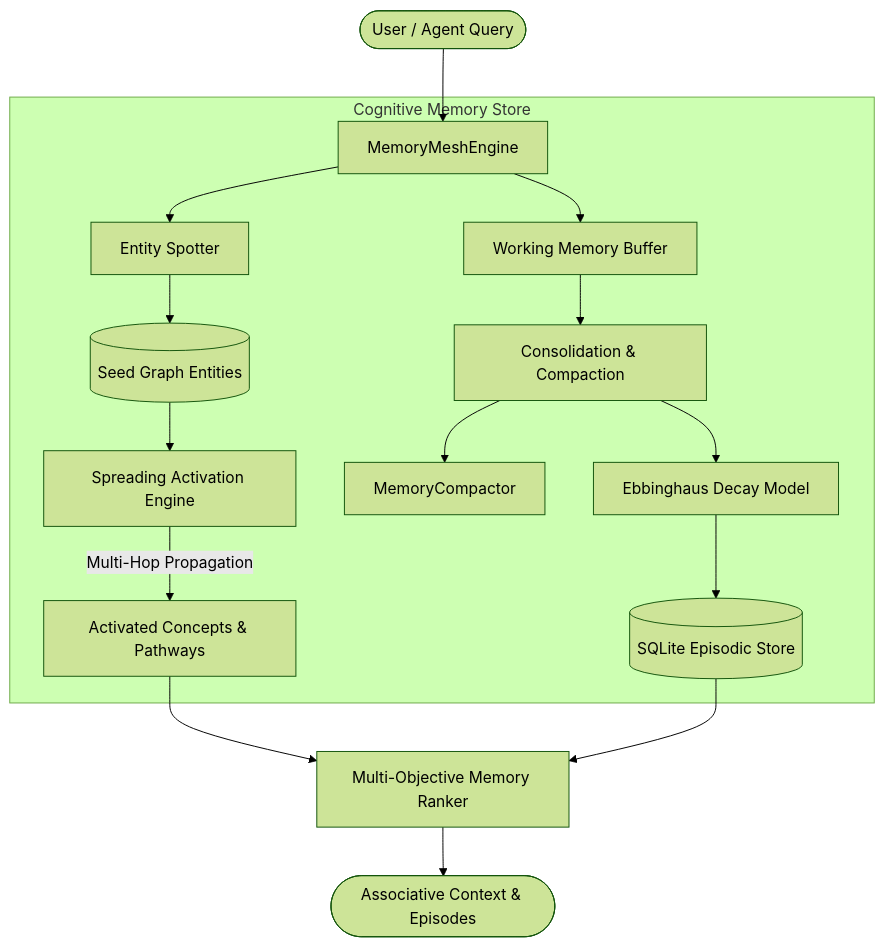
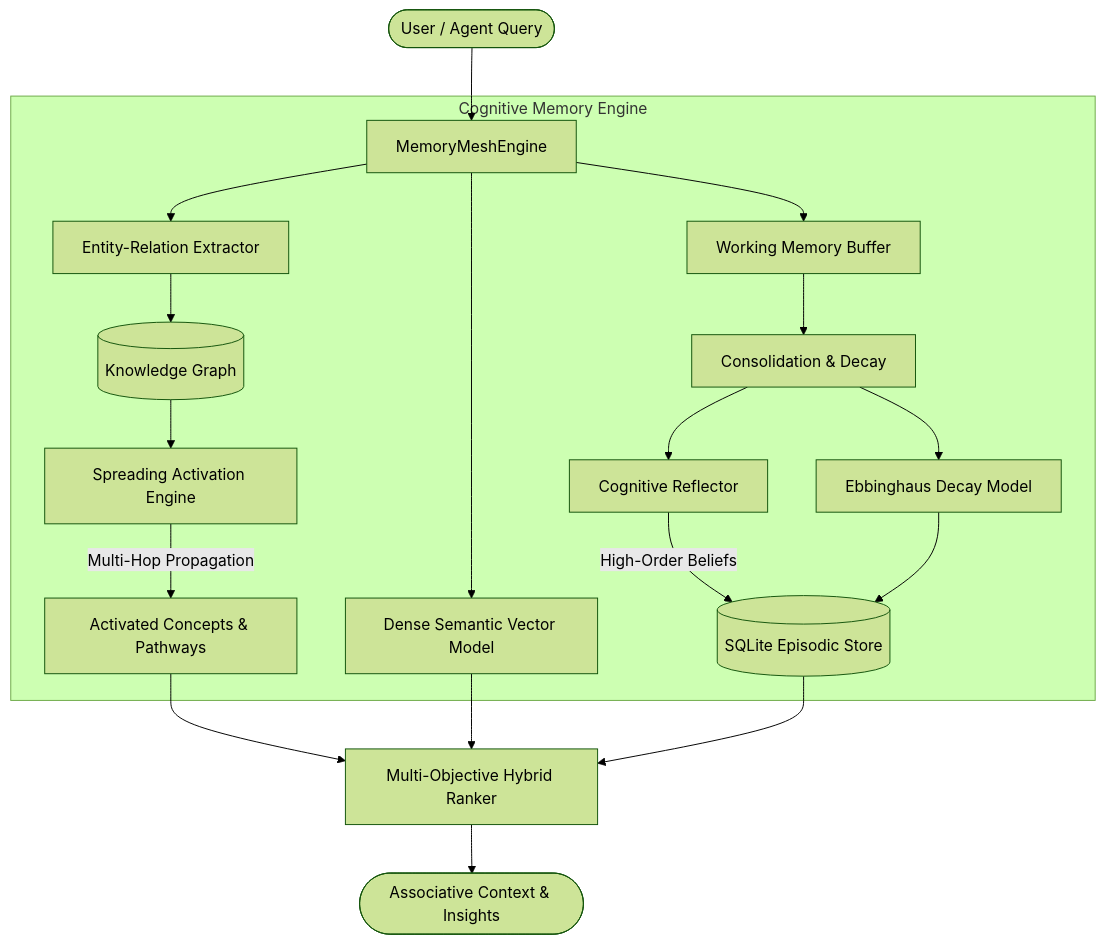
The diagram in README.md (nhminhhh/agentic-memory-mesh), drawn with Mermaid (forest theme) before and after one commit. The commit also changed other lines of this file and 1 other file, not shown here.

````diff
--- a/README.md
+++ b/README.md
@@ -16,21 +16,25 @@
 ```mermaid
 flowchart TD
     UserQuery([User / Agent Query]) --> Mesh[MemoryMeshEngine]
     
-    subgraph Cognitive Memory Store
-        Mesh --> Spotter[Entity Spotter]
-        Spotter --> Seeds[(Seed Graph Entities)]
-        Seeds --> Spreader[Spreading Activation Engine]
+    subgraph Cognitive Memory Engine
+        Mesh --> Extractor[Entity-Relation Extractor]
+        Extractor --> GraphStore[(Knowledge Graph)]
+        GraphStore --> Spreader[Spreading Activation Engine]
         Spreader -->|Multi-Hop Propagation| Activations[Activated Concepts & Pathways]
         
+        Mesh --> DenseEmbed[Dense Semantic Vector Model]
+        
         Mesh --> Buffer[Working Memory Buffer]
-        Buffer --> Consolidator[Consolidation & Compaction]
-        Consolidator --> Compactor[MemoryCompactor]
+        Buffer --> Consolidator[Consolidation & Decay]
+        Consolidator --> Reflector[Cognitive Reflector]
+        Reflector -->|High-Order Beliefs| EpisodicStore[(SQLite Episodic Store)]
         Consolidator --> Decay[Ebbinghaus Decay Model]
-        Decay --> EpisodicStore[(SQLite Episodic Store)]
+        Decay --> EpisodicStore
     end
     
-    Activations --> Ranker[Multi-Objective Memory Ranker]
+    Activations --> Ranker[Multi-Objective Hybrid Ranker]
+    DenseEmbed --> Ranker
     EpisodicStore --> Ranker
-    Ranker --> Result([Associative Context & Episodes])
+    Ranker --> Result([Associative Context & Insights])
 ```
````
